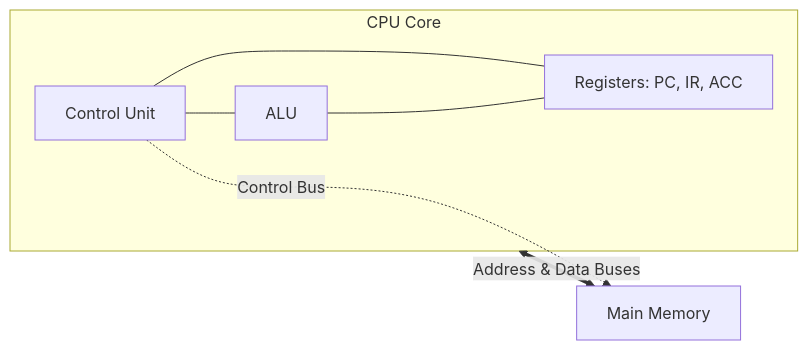
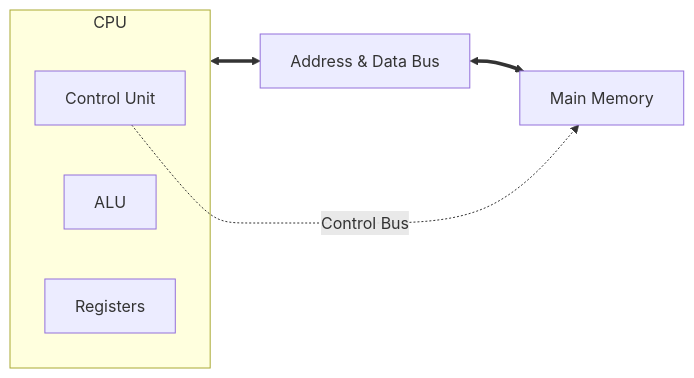
The third of 4 diagrams in Computer_Architecture_Assignment.md (wendy0005/assignment), drawn with Mermaid before and after one commit. The commit also changed other lines of this file and 3 other files, not shown here.

First line of the commit message:
Refactor Computer Architecture Assignment documentation and add HTML preview

````diff
--- a/Computer_Architecture_Assignment.md
+++ b/Computer_Architecture_Assignment.md
@@ -140,18 +109,14 @@
 ```mermaid
 graph LR
-    subgraph CPU [CPU Core]
+    subgraph CPU [CPU]
         CU[Control Unit]
         ALU[ALU]
-        Reg[Registers: PC, IR, ACC]
+        Reg[Registers]
     end
 
     RAM[Main Memory]
 
-    %% Simple Bus Representation
-    CPU <== "Address & Data Buses" ==> RAM
-    CU -. "Control Bus" .-> RAM
-    
-    CU --- ALU
-    CU --- Reg
-    ALU --- Reg
+    CPU <==> Bus[Address & Data Bus]
+    Bus <==> RAM
+    CU -.->|Control Bus| RAM
 ```
````
